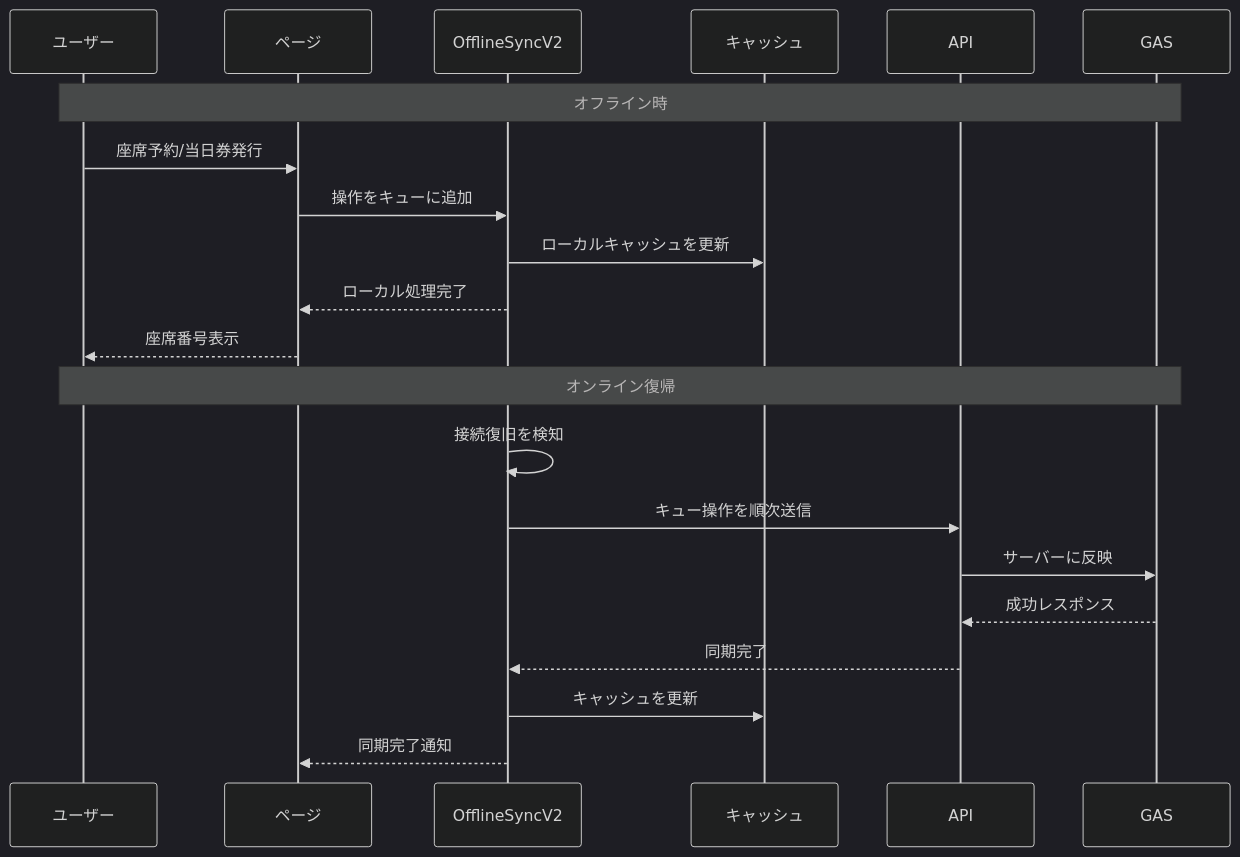
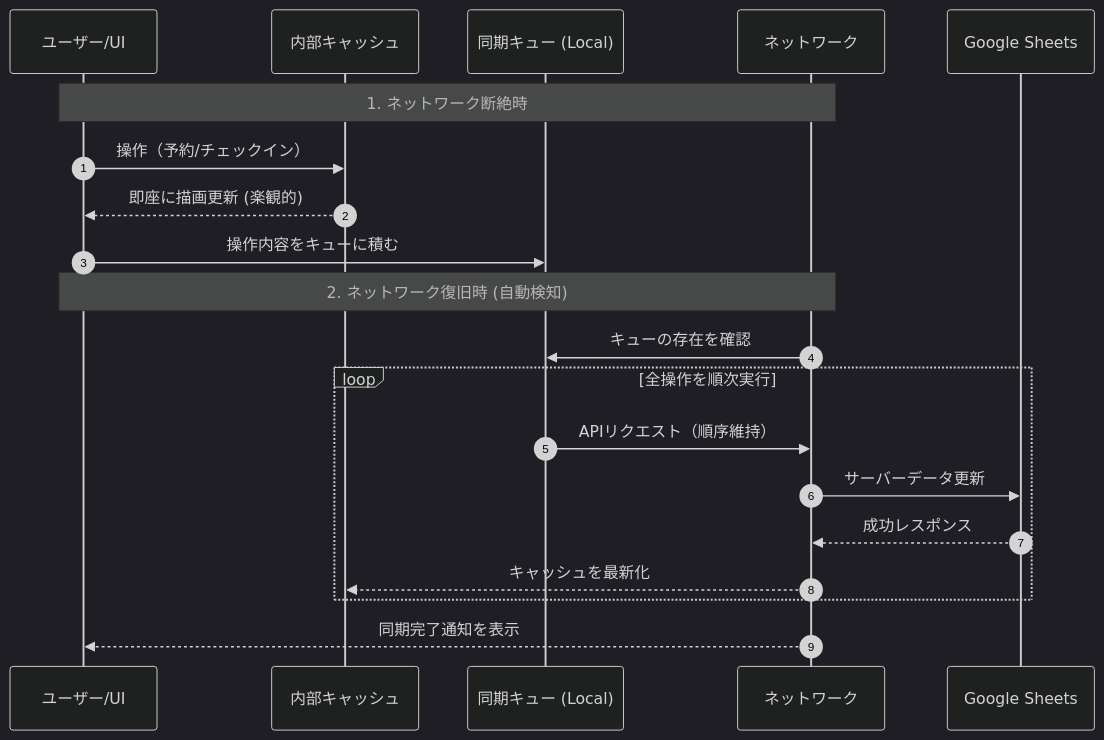
Before and after one commit to J105588/tickets: the second of 2 diagrams in README.md, drawn with Mermaid (dark theme). The commit also changed other lines of this file and 18 other files, not shown here.

````diff
--- a/README.md
+++ b/README.md
@@ -510,25 +89,24 @@
 ```mermaid
 sequenceDiagram
-  participant U as ユーザー
-  participant P as ページ
-  participant O as OfflineSyncV2
-  participant C as キャッシュ
-  participant A as API
-  participant G as GAS
+    autonumber
+    participant U as ユーザー/UI
+    participant C as 内部キャッシュ
+    participant Q as 同期キュー (Local)
+    participant N as ネットワーク
+    participant S as Google Sheets
 
-  Note over U,G: オフライン時
-  U->>P: 座席予約/当日券発行
-  P->>O: 操作をキューに追加
-  O->>C: ローカルキャッシュを更新
-  O-->>P: ローカル処理完了
-  P-->>U: 座席番号表示
+    Note over U,N: 1. ネットワーク断絶時
+    U->>C: 操作（予約/チェックイン）
+    C-->>U: 即座に描画更新 (楽観的)
+    U->>Q: 操作内容をキューに積む
 
-  Note over U,G: オンライン復帰
-  O->>O: 接続復旧を検知
-  O->>A: キュー操作を順次送信
-  A->>G: サーバーに反映
-  G-->>A: 成功レスポンス
-  A-->>O: 同期完了
-  O->>C: キャッシュを更新
-  O-->>P: 同期完了通知
+    Note over U,N: 2. ネットワーク復旧時 (自動検知)
+    N->>Q: キューの存在を確認
+    loop 全操作を順次実行
+        Q->>N: APIリクエスト（順序維持）
+        N->>S: サーバーデータ更新
+        S-->>N: 成功レスポンス
+        N-->>C: キャッシュを最新化
+    end
+    N-->>U: 同期完了通知を表示
 ```
````
